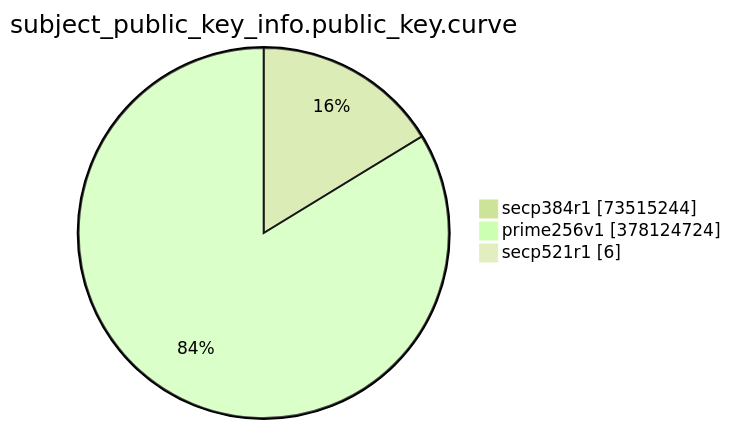
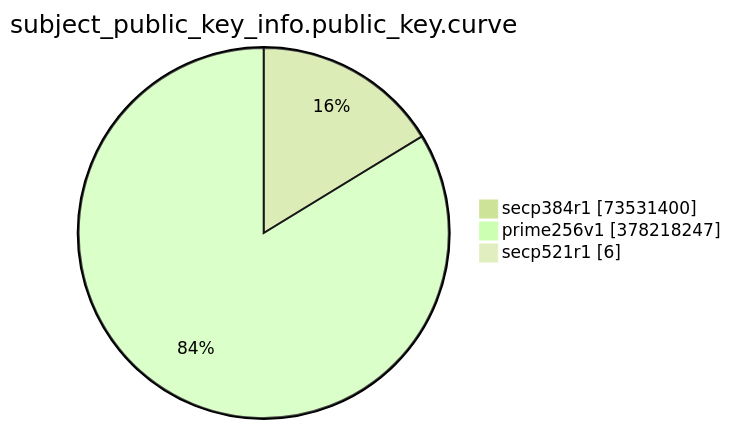
The eighth of 15 diagrams in TOTAL/README.md (christiankrug/ctmonitor_visualization), drawn with Mermaid (forest theme) before and after one commit. The commit also changed other lines of this file, not shown here.

````diff
--- a/TOTAL/README.md
+++ b/TOTAL/README.md
@@ -3094,7 +3094,7 @@
 ```mermaid
 pie showData
 title subject_public_key_info.public_key.curve
-"secp384r1" :73515244
-"prime256v1" :378124724
+"secp384r1" :73531400
+"prime256v1" :378218247
 "secp521r1" :6
 ```
````
